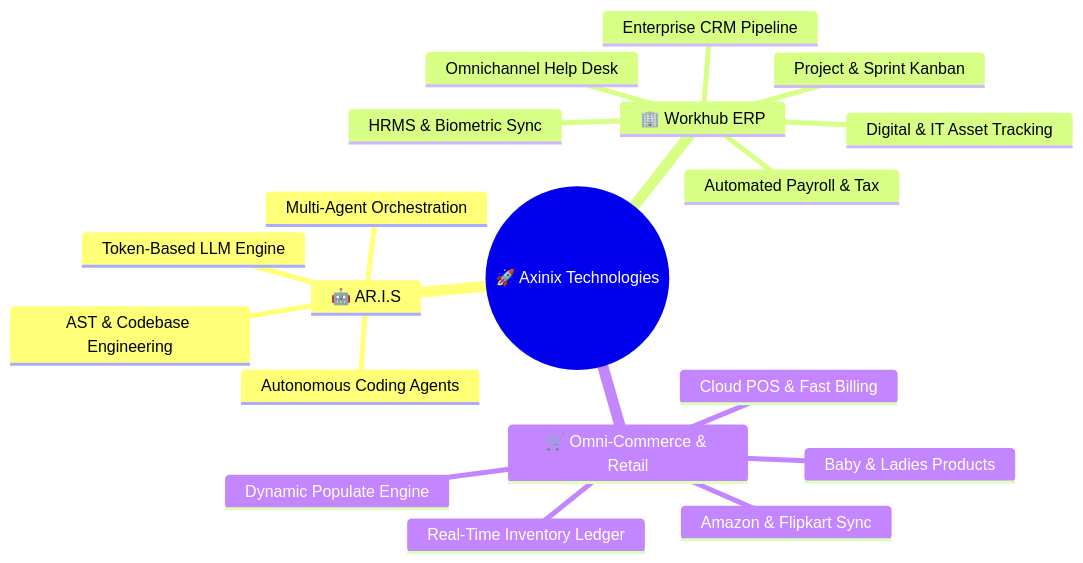
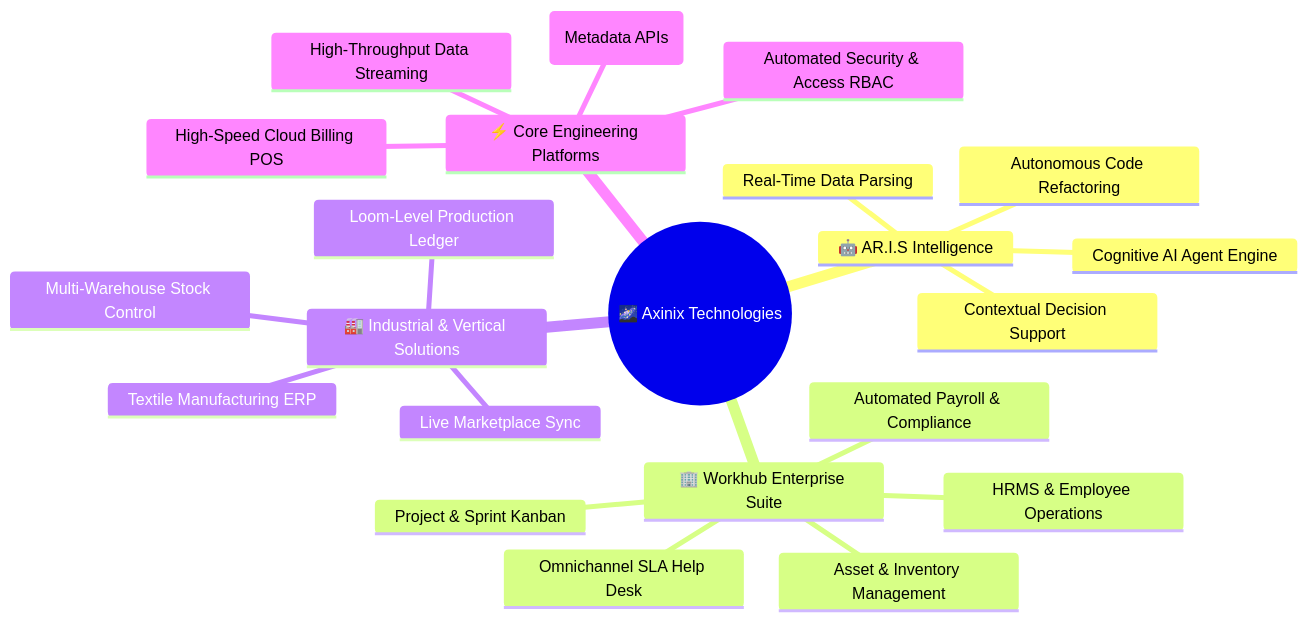
One commit to Axinix-Technology/.github changed the diagram in profile/README.md. Above: the diagram before and after it, drawn with Mermaid. The commit also changed other lines of this file and 22 other files, not shown here.

````diff
--- a/profile/README.md
+++ b/profile/README.md
@@ -35,22 +47,25 @@
 ```mermaid
 mindmap
-  root((🚀 Axinix Technologies))
-    🤖 AR.I.S
-      Token-Based LLM Engine
-      Autonomous Coding Agents
-      AST & Codebase Engineering
-      Multi-Agent Orchestration
-    🏢 Workhub ERP
-      HRMS & Biometric Sync
-      Automated Payroll & Tax
-      Omnichannel Help Desk
+  root((🌌 Axinix Technologies))
+    🤖 AR.I.S Intelligence
+      Cognitive AI Agent Engine
+      Autonomous Code Refactoring
+      Contextual Decision Support
+      Real-Time Data Parsing
+    🏢 Workhub Enterprise Suite
+      HRMS & Employee Operations
+      Automated Payroll & Compliance
+      Omnichannel SLA Help Desk
       Project & Sprint Kanban
-      Enterprise CRM Pipeline
-      Digital & IT Asset Tracking
-    🛒 Omni-Commerce & Retail
-      Baby & Ladies Products
-      Real-Time Inventory Ledger
-      Amazon & Flipkart Sync
-      Cloud POS & Fast Billing
-      Dynamic Populate Engine
+      Asset & Inventory Management
+    🏭 Industrial & Vertical Solutions
+      Textile Manufacturing ERP
+      Loom-Level Production Ledger
+      Multi-Warehouse Stock Control
+      Live Marketplace Sync
+    ⚡ Core Engineering Platforms
+      Populate Engine (Metadata APIs)
+      High-Speed Cloud Billing POS
+      High-Throughput Data Streaming
+      Automated Security & Access RBAC
 ```
````
